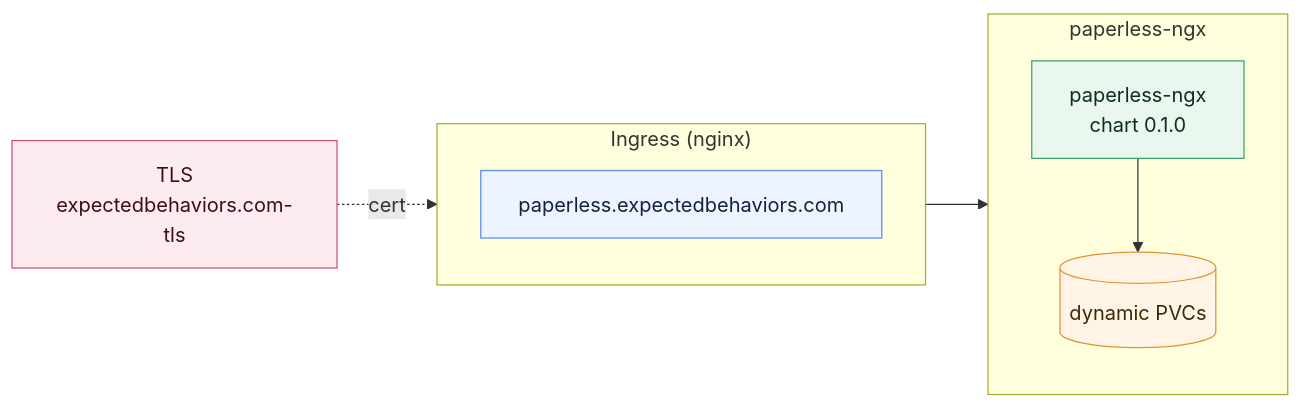
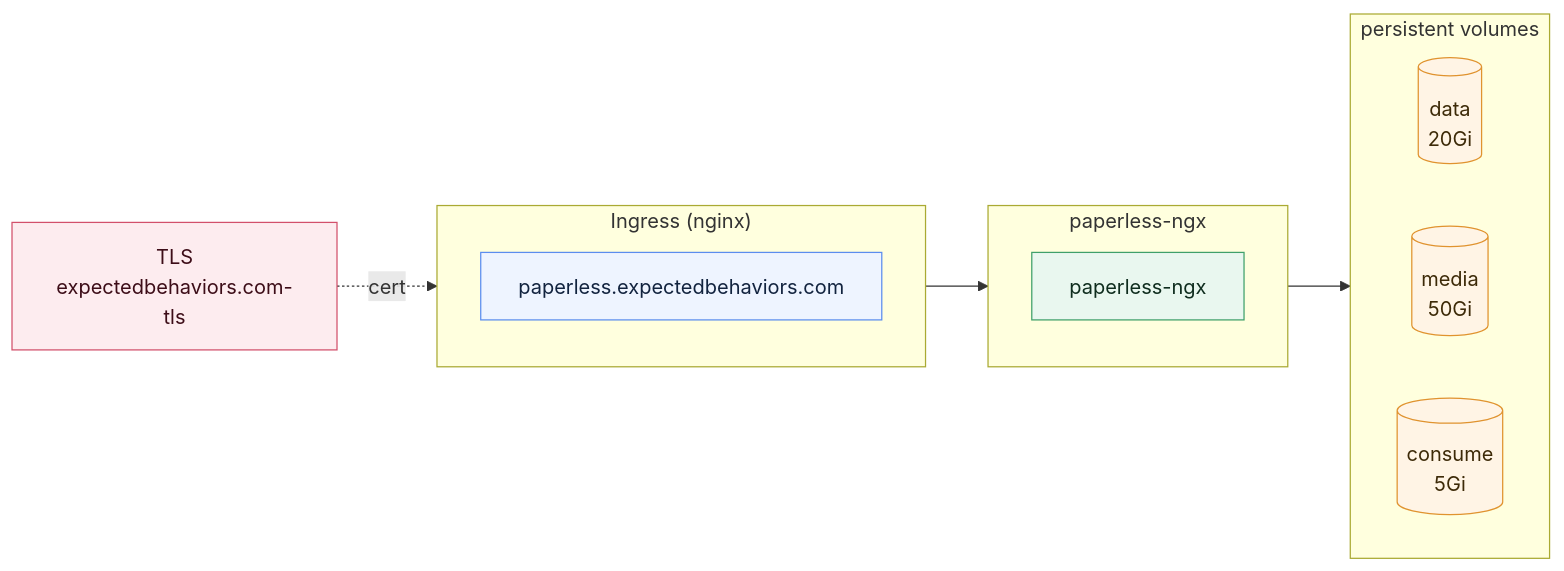
One commit to jd4883/homelab-paperless-ngx changed the diagram in docs/img/topology.mmd. Above: the diagram before and after it, drawn with Mermaid.

Commit message:
Regenerated the topology diagram to the current contract

```diff
--- a/docs/img/topology.mmd
+++ b/docs/img/topology.mmd
@@ -1,19 +1,24 @@
 flowchart LR
   classDef ext fill:#eef4ff,stroke:#5b8def,color:#12233f;
   classDef app fill:#e9f7ef,stroke:#3fa06a,color:#0f2d1e;
   classDef store fill:#fff4e5,stroke:#e0932f,color:#3d2a08;
   classDef sec fill:#fdecef,stroke:#d2506b,color:#3d0d18;
   classDef dep fill:#f3edff,stroke:#8a63d2,color:#241338;
   subgraph EDGE["Ingress (nginx)"]
     direction TB
     HOSTS["paperless.expectedbehaviors.com"]:::ext
   end
   subgraph NS["paperless-ngx"]
     direction TB
-    APP["paperless-ngx<br/>chart 0.1.0"]:::app
-    DYN[("dynamic PVCs")]:::store
+    APP["paperless-ngx"]:::app
+  end
+  subgraph VOLS["persistent volumes"]
+    direction LR
+    V0[("data<br/>20Gi")]:::store
+    V1[("media<br/>50Gi")]:::store
+    V2[("consume<br/>5Gi")]:::store
   end
   HOSTS --> APP
-  APP --> DYN
+  APP --> VOLS
   TLS["TLS<br/>expectedbehaviors.com-tls"]:::sec
   TLS -. "cert" .-> HOSTS
```
